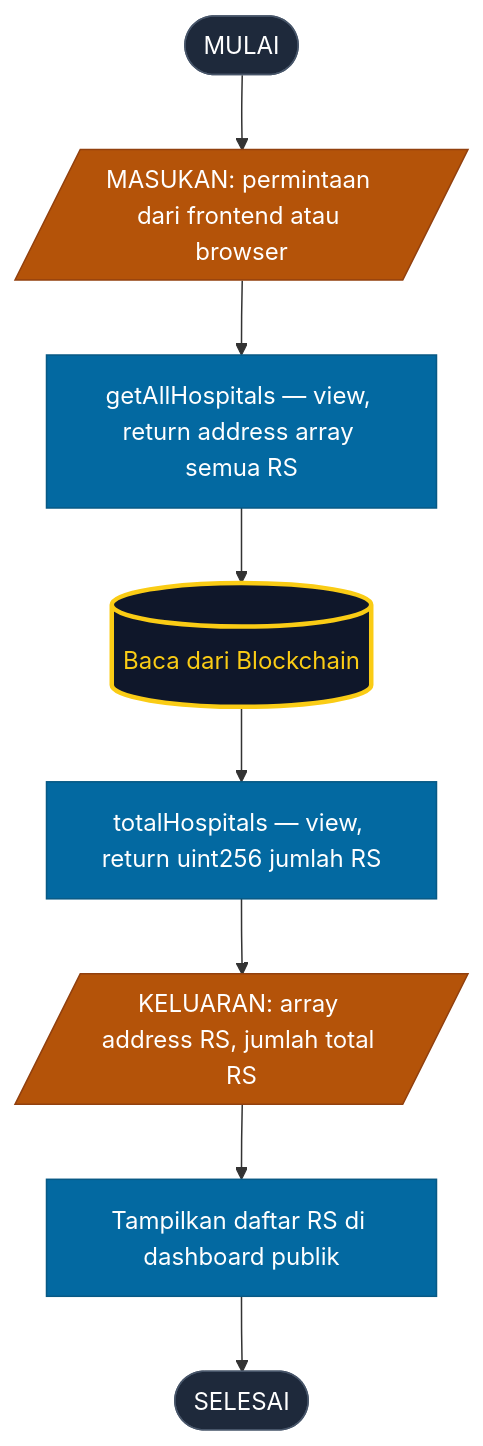
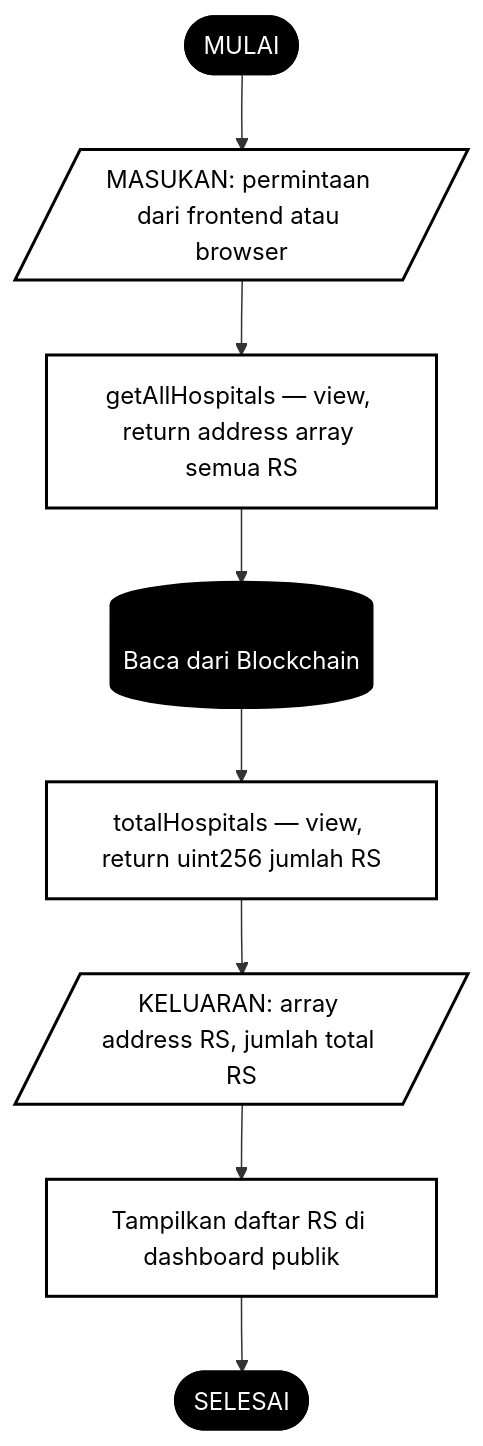
Before and after one commit to abuab234/Status-Ketersediaan-Kamar-RS: the sixth of 7 diagrams in readme/capstone_blockchain.md, drawn with Mermaid. The commit also changed other lines of this file, not shown here.

````diff
--- a/readme/capstone_blockchain.md
+++ b/readme/capstone_blockchain.md
@@ -280,19 +280,19 @@
 ```mermaid
 flowchart TD
     D1([MULAI]) --> D2[/"MASUKAN: permintaan dari frontend atau browser"/]
     D2 --> D3["getAllHospitals — view, return address array semua RS"]
     D3 --> DDB[("Baca dari Blockchain")]
     DDB --> D4["totalHospitals — view, return uint256 jumlah RS"]
     D4 --> D5[/"KELUARAN: array address RS, jumlah total RS"/]
     D5 --> D6["Tampilkan daftar RS di dashboard publik"]
     D6 --> D7([SELESAI])
 
-    style D1 fill:#1e293b,color:#fff,stroke:#475569
-    style D7 fill:#1e293b,color:#fff,stroke:#475569
-    style D3 fill:#0369a1,color:#fff,stroke:#075985
-    style D4 fill:#0369a1,color:#fff,stroke:#075985
-    style D6 fill:#0369a1,color:#fff,stroke:#075985
-    style D2 fill:#b45309,color:#fff,stroke:#92400e
-    style D5 fill:#b45309,color:#fff,stroke:#92400e
-    style DDB fill:#0f172a,color:#facc15,stroke:#facc15,stroke-width:3px
+    style D1 fill:#000,color:#fff,stroke:#000
+    style D7 fill:#000,color:#fff,stroke:#000
+    style D3 fill:#fff,color:#000,stroke:#000,stroke-width:2px
+    style D4 fill:#fff,color:#000,stroke:#000,stroke-width:2px
+    style D6 fill:#fff,color:#000,stroke:#000,stroke-width:2px
+    style D2 fill:#fff,color:#000,stroke:#000,stroke-width:2px
+    style D5 fill:#fff,color:#000,stroke:#000,stroke-width:2px
+    style DDB fill:#000,color:#fff,stroke:#000,stroke-width:3px
 ```
````
